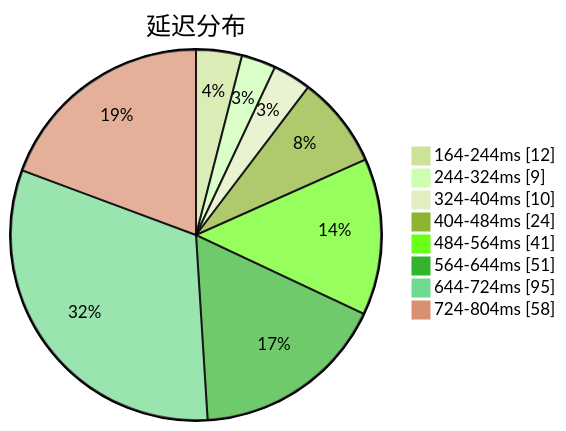
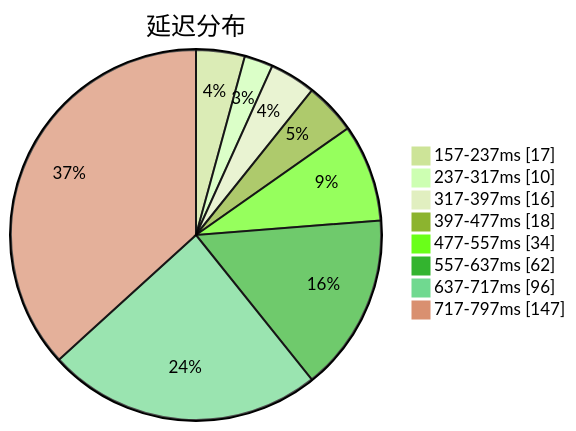
One commit to qjlxg/airport changed the first of 3 diagrams in subs/statistics/tested_within.md. Above: the diagram before and after it, drawn with Mermaid (forest theme). The commit also changed other lines of this file and 2 other files, not shown here.

Commit message:
Tested by metaST

````diff
--- a/subs/statistics/tested_within.md
+++ b/subs/statistics/tested_within.md
@@ -2,12 +2,12 @@
 ```mermaid
 pie showData
 title 延迟分布
-"164-244ms" : 12
-"244-324ms" : 9
-"324-404ms" : 10
-"404-484ms" : 24
-"484-564ms" : 41
-"564-644ms" : 51
-"644-724ms" : 95
-"724-804ms" : 58
+"157-237ms" : 17
+"237-317ms" : 10
+"317-397ms" : 16
+"397-477ms" : 18
+"477-557ms" : 34
+"557-637ms" : 62
+"637-717ms" : 96
+"717-797ms" : 147
 ```
````
